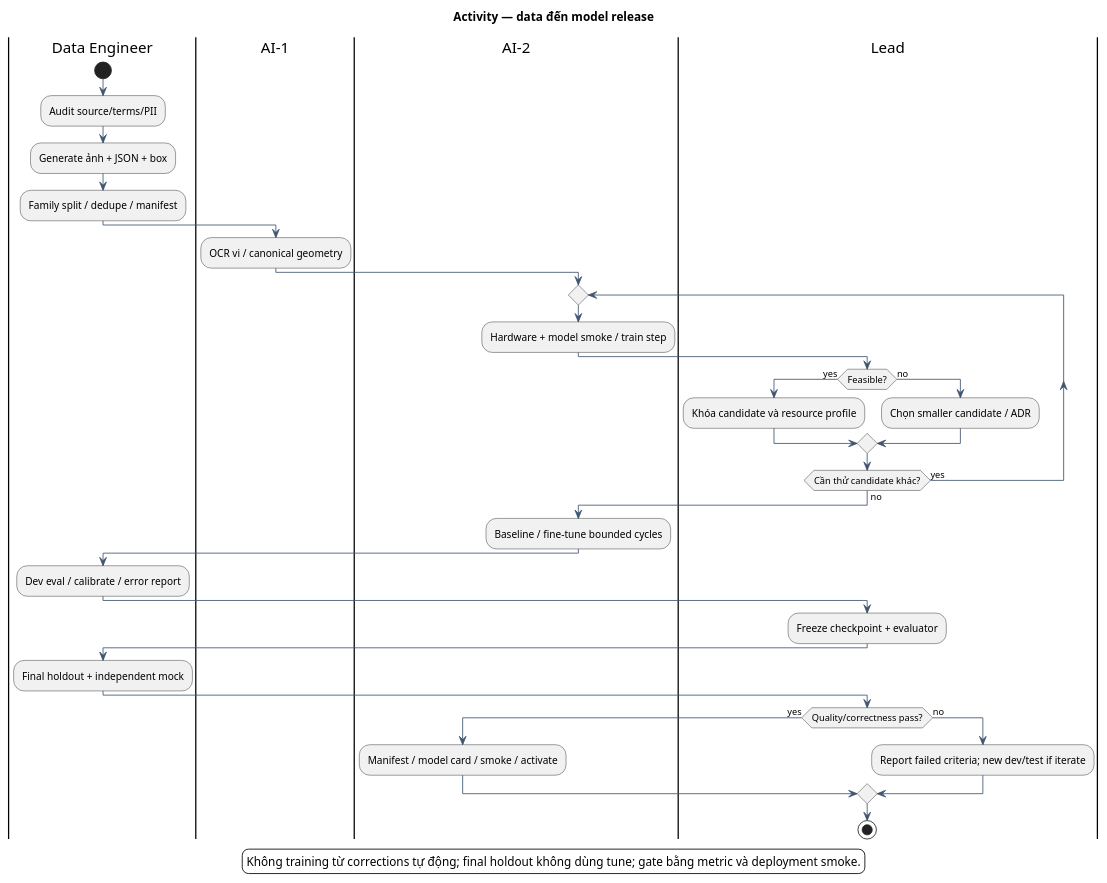
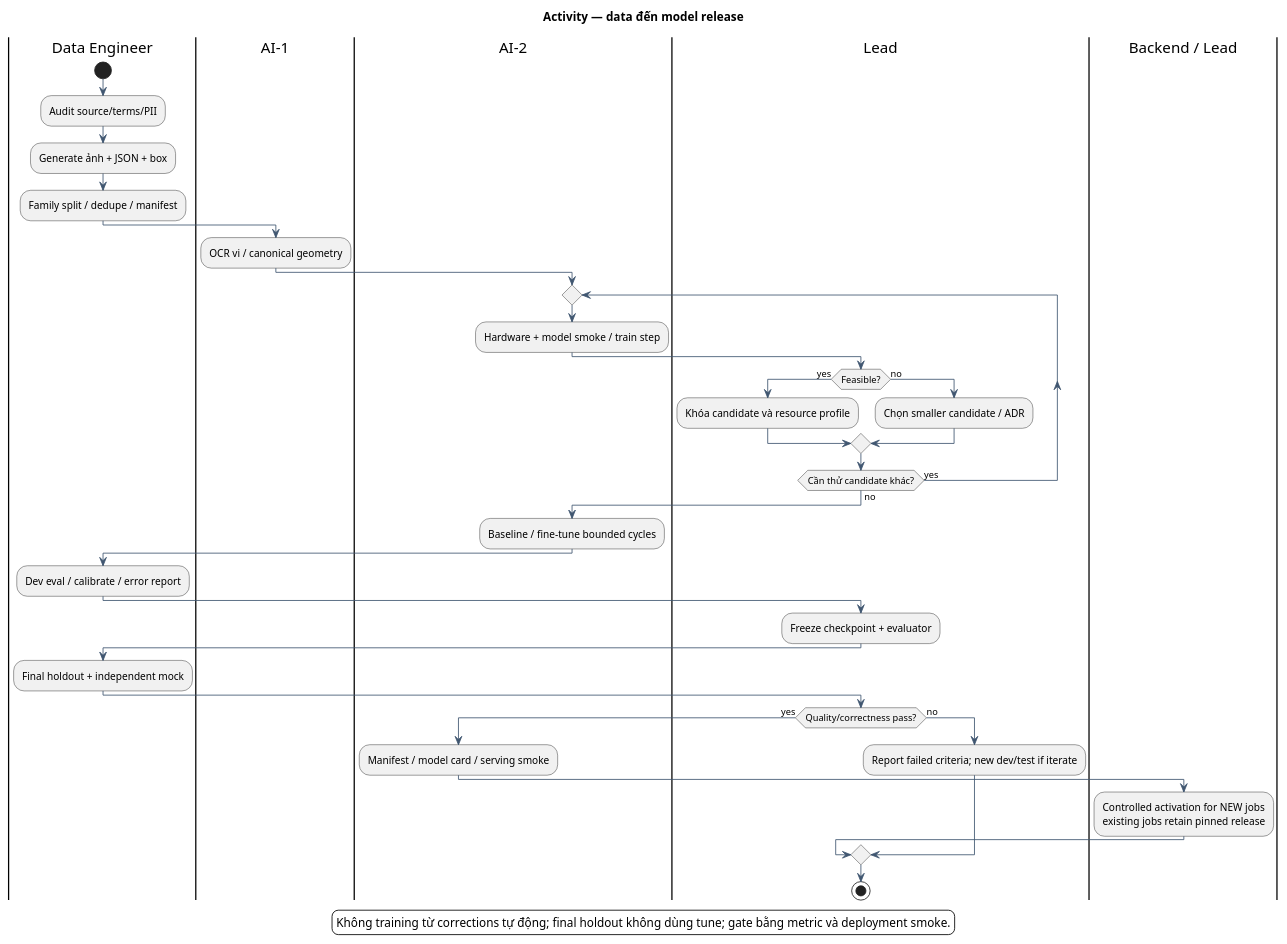
One commit to harivodich/SE2026-T08 changed the diagram in docs/uml/10-training-activity.puml. Above: the diagram before and after it, drawn with PlantUML. The commit also changed 107 other files, not shown here.

```diff
--- a/docs/uml/10-training-activity.puml
+++ b/docs/uml/10-training-activity.puml
@@ -1,44 +1,46 @@
 @startuml
 title Activity — data đến model release
 skinparam defaultFontName Arial
 skinparam shadowing false
 skinparam backgroundColor #FFFFFF
 skinparam ArrowColor #405670
 |Data Engineer|
 start
 :Audit source/terms/PII;
 :Generate ảnh + JSON + box;
 :Family split / dedupe / manifest;
 |AI-1|
 :OCR vi / canonical geometry;
 |AI-2|
 repeat
 :Hardware + model smoke / train step;
 |Lead|
 if (Feasible?) then (yes)
 :Khóa candidate và resource profile;
 else (no)
 :Chọn smaller candidate / ADR;
 endif
 repeat while (Cần thử candidate khác?) is (yes) not (no)
 |AI-2|
 :Baseline / fine-tune bounded cycles;
 |Data Engineer|
 :Dev eval / calibrate / error report;
 |Lead|
 :Freeze checkpoint + evaluator;
 |Data Engineer|
 :Final holdout + independent mock;
 |Lead|
 if (Quality/correctness pass?) then (yes)
 |AI-2|
-:Manifest / model card / smoke / activate;
+:Manifest / model card / serving smoke;
+|Backend / Lead|
+:Controlled activation for NEW jobs\nexisting jobs retain pinned release;
 else (no)
 |Lead|
 :Report failed criteria; new dev/test if iterate;
 endif
 stop
 legend bottom
 Không training từ corrections tự động; final holdout không dùng tune; gate bằng metric và deployment smoke.
 endlegend
 @enduml
```
